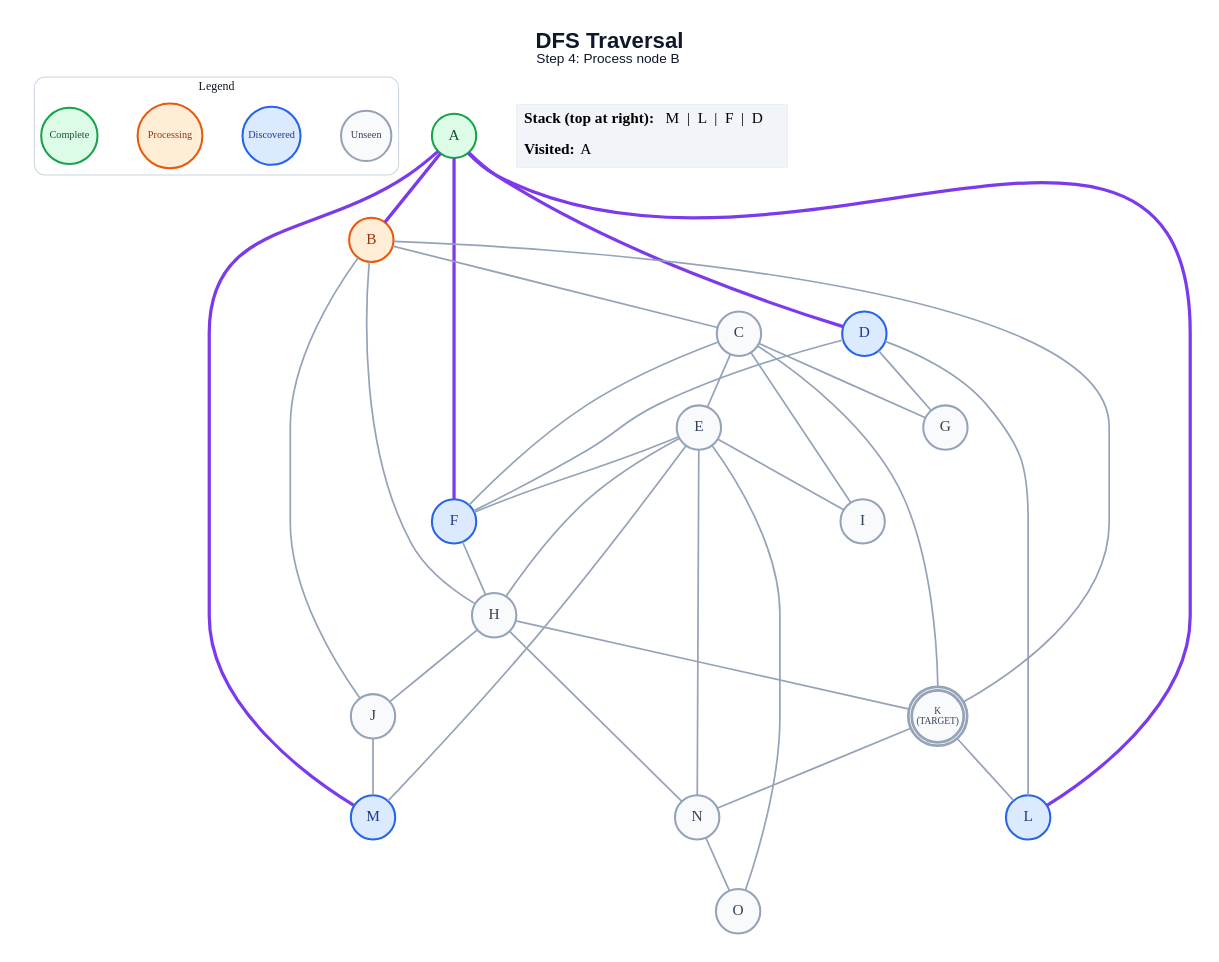
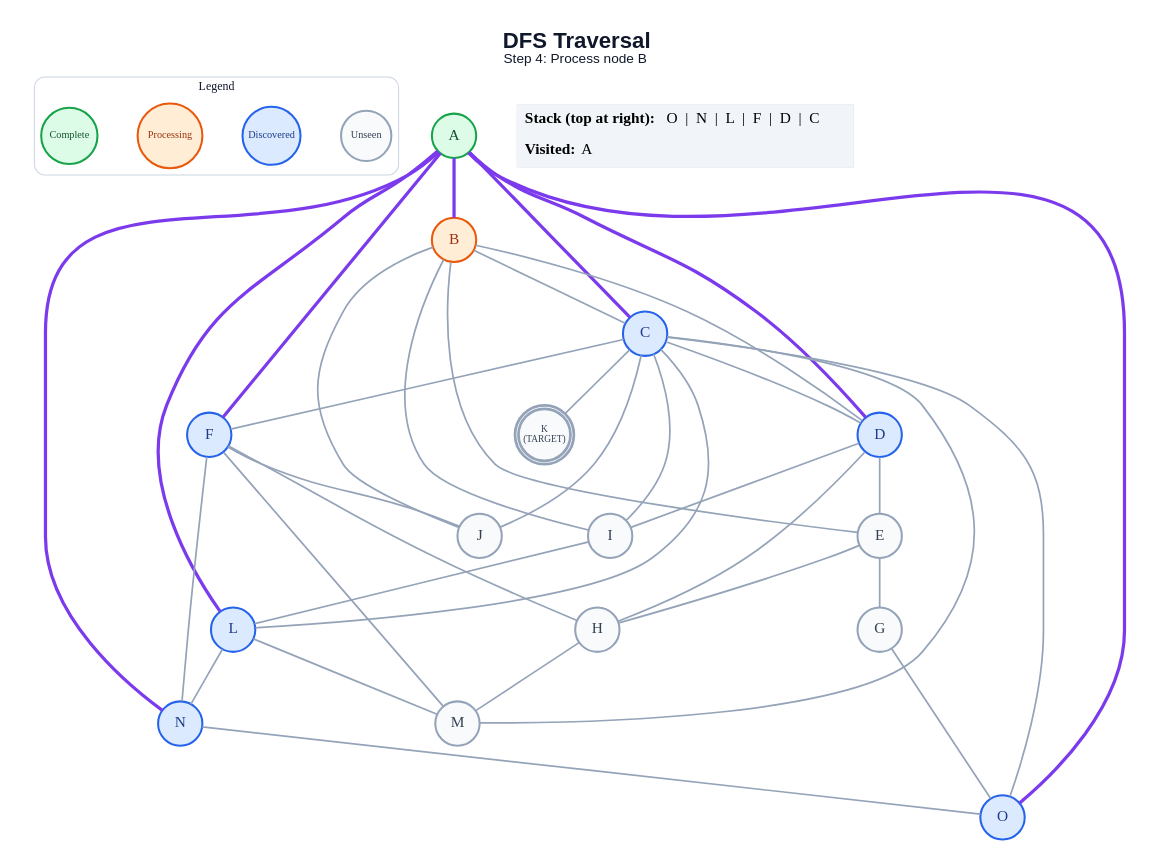
Before and after one commit to anon7238593-create/ai-slop: the diagram in generated/dfs/step_04.dot, drawn with Graphviz. The commit also changed 258 other files, not shown here.

```diff
--- a/generated/dfs/step_04.dot
+++ b/generated/dfs/step_04.dot
@@ -1,65 +1,69 @@
 graph traversal {
   graph [layout=dot, rankdir=TB, bgcolor="#FFFFFF", pad="0.35", nodesep="0.65", ranksep="0.8", fontname="Arial"];
   node [shape=circle, style="filled", fontname="Arial Bold", fontsize=18, width=0.72, fixedsize=true, penwidth=2.4];
   edge [color="#94A3B8", penwidth=2.0];
   label=<<B>DFS Traversal</B><BR/><FONT POINT-SIZE="16">Step 4: Process node B</FONT>>; labelloc="t"; fontsize=26; fontname="Arial"; fontcolor="#0F172A";
   subgraph cluster_legend { label="Legend"; color="#CBD5E1"; penwidth=1.2; style="rounded"; fontsize=14; fontname="Arial Bold";
     key_unseen [label="Unseen", fillcolor="#F8FAFC", color="#94A3B8", fontcolor="#334155", fontsize=12, width=0.82];
     key_frontier [label="Discovered", fillcolor="#DBEAFE", color="#2563EB", fontcolor="#1E3A8A", fontsize=12, width=0.95];
     key_current [label="Processing", fillcolor="#FFEDD5", color="#EA580C", fontcolor="#9A3412", fontsize=12, width=1.05];
     key_done [label="Complete", fillcolor="#DCFCE7", color="#16A34A", fontcolor="#14532D", fontsize=12, width=0.92];
     { rank=same; key_unseen; key_frontier; key_current; key_done; }
   }
   A [label="A", fillcolor="#DCFCE7", color="#16A34A", fontcolor="#14532D", peripheries=1, penwidth=2.4];
   B [label="B", fillcolor="#FFEDD5", color="#EA580C", fontcolor="#9A3412", peripheries=1, penwidth=2.4];
-  C [label="C", fillcolor="#F8FAFC", color="#94A3B8", fontcolor="#334155", peripheries=1, penwidth=2.4];
+  C [label="C", fillcolor="#DBEAFE", color="#2563EB", fontcolor="#1E3A8A", peripheries=1, penwidth=2.4];
   D [label="D", fillcolor="#DBEAFE", color="#2563EB", fontcolor="#1E3A8A", peripheries=1, penwidth=2.4];
   E [label="E", fillcolor="#F8FAFC", color="#94A3B8", fontcolor="#334155", peripheries=1, penwidth=2.4];
   F [label="F", fillcolor="#DBEAFE", color="#2563EB", fontcolor="#1E3A8A", peripheries=1, penwidth=2.4];
   G [label="G", fillcolor="#F8FAFC", color="#94A3B8", fontcolor="#334155", peripheries=1, penwidth=2.4];
   H [label="H", fillcolor="#F8FAFC", color="#94A3B8", fontcolor="#334155", peripheries=1, penwidth=2.4];
   I [label="I", fillcolor="#F8FAFC", color="#94A3B8", fontcolor="#334155", peripheries=1, penwidth=2.4];
   J [label="J", fillcolor="#F8FAFC", color="#94A3B8", fontcolor="#334155", peripheries=1, penwidth=2.4];
   K [label="K\n(TARGET)", fillcolor="#F8FAFC", color="#94A3B8", fontcolor="#334155", peripheries=2, penwidth=3.2, fontsize=11, width=0.85, height=0.85];
   L [label="L", fillcolor="#DBEAFE", color="#2563EB", fontcolor="#1E3A8A", peripheries=1, penwidth=2.4];
-  M [label="M", fillcolor="#DBEAFE", color="#2563EB", fontcolor="#1E3A8A", peripheries=1, penwidth=2.4];
-  N [label="N", fillcolor="#F8FAFC", color="#94A3B8", fontcolor="#334155", peripheries=1, penwidth=2.4];
-  O [label="O", fillcolor="#F8FAFC", color="#94A3B8", fontcolor="#334155", peripheries=1, penwidth=2.4];
+  M [label="M", fillcolor="#F8FAFC", color="#94A3B8", fontcolor="#334155", peripheries=1, penwidth=2.4];
+  N [label="N", fillcolor="#DBEAFE", color="#2563EB", fontcolor="#1E3A8A", peripheries=1, penwidth=2.4];
+  O [label="O", fillcolor="#DBEAFE", color="#2563EB", fontcolor="#1E3A8A", peripheries=1, penwidth=2.4];
   A -- B [color="#7C3AED", penwidth=3.8];
+  A -- C [color="#7C3AED", penwidth=3.8];
   A -- D [color="#7C3AED", penwidth=3.8];
   A -- F [color="#7C3AED", penwidth=3.8];
   A -- L [color="#7C3AED", penwidth=3.8];
-  A -- M [color="#7C3AED", penwidth=3.8];
+  A -- N [color="#7C3AED", penwidth=3.8];
+  A -- O [color="#7C3AED", penwidth=3.8];
   B -- C;
-  B -- H;
+  B -- D;
+  B -- E;
+  B -- I;
   B -- J;
-  B -- K;
-  C -- E;
+  C -- D;
   C -- F;
-  C -- G;
   C -- I;
+  C -- J;
   C -- K;
-  D -- F;
-  D -- G;
-  D -- L;
-  E -- F;
+  C -- L;
+  C -- M;
+  C -- O;
+  D -- E;
+  D -- H;
+  D -- I;
+  E -- G;
   E -- H;
-  E -- I;
-  E -- M;
-  E -- N;
-  E -- O;
   F -- H;
-  H -- J;
-  H -- K;
-  H -- N;
-  J -- M;
-  K -- L;
-  K -- N;
+  F -- J;
+  F -- M;
+  F -- N;
+  G -- O;
+  H -- M;
+  I -- L;
+  L -- M;
+  L -- N;
   N -- O;
   status [shape=plain, fixedsize=false, width=0, height=0, margin=0, label=<
     <TABLE BORDER="0" CELLBORDER="0" CELLPADDING="7" BGCOLOR="#F1F5F9">
-      <TR><TD ALIGN="LEFT"><B>Stack (top at right):</B> M  |  L  |  F  |  D</TD></TR>
+      <TR><TD ALIGN="LEFT"><B>Stack (top at right):</B> O  |  N  |  L  |  F  |  D  |  C</TD></TR>
       <TR><TD ALIGN="LEFT"><B>Visited:</B> A</TD></TR>
     </TABLE>
   >];
 }
```
